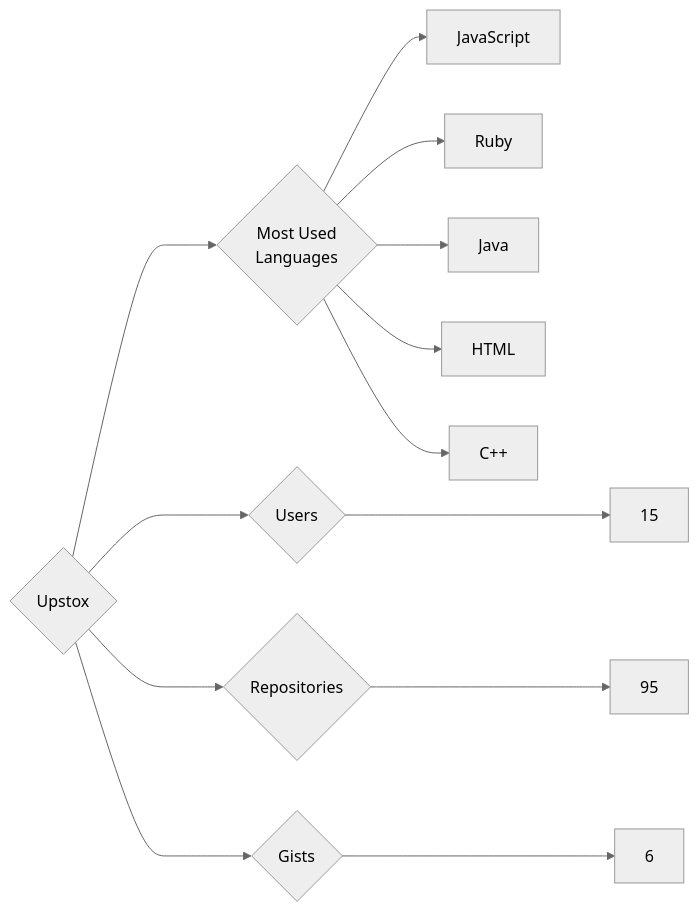
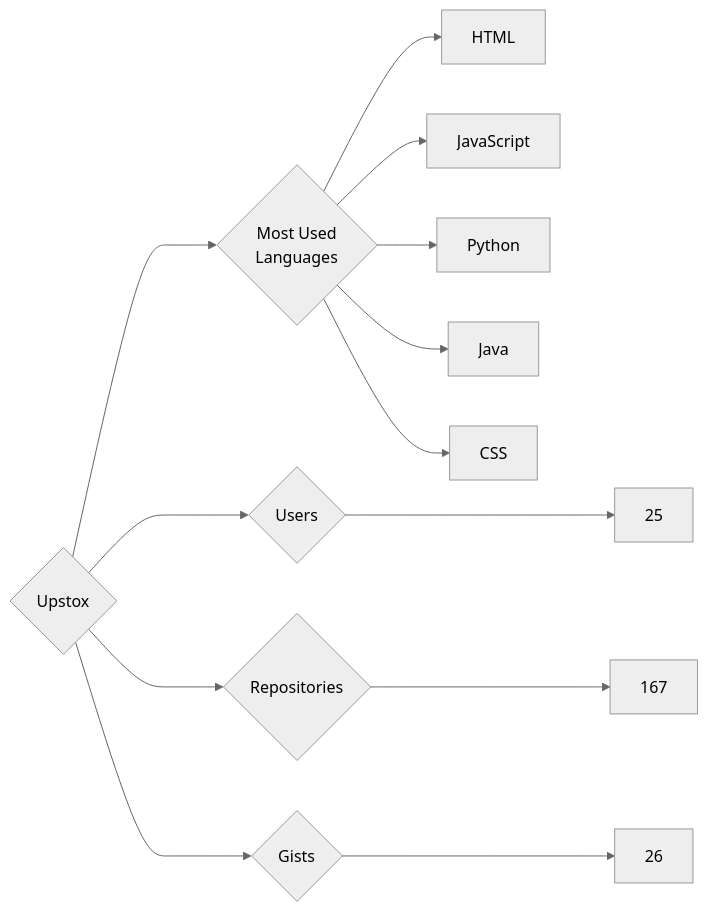
The diagram in targets/Upstox/README.md (trickest/insiders), drawn with Mermaid (neutral theme) before and after one commit. The commit also changed 940 other files, not shown here.

````diff
--- a/targets/Upstox/README.md
+++ b/targets/Upstox/README.md
@@ -3,13 +3,13 @@
 ```mermaid
 graph LR
 COMPANY_NAME{Upstox}
-COMPANY_NAME ---> U{Users} ---> UN[15]
-COMPANY_NAME ---> R{Repositories} ---> RN[95]
-COMPANY_NAME ---> G{Gists} ---> GN[6]
+COMPANY_NAME ---> U{Users} ---> UN[25]
+COMPANY_NAME ---> R{Repositories} ---> RN[167]
+COMPANY_NAME ---> G{Gists} ---> GN[26]
 COMPANY_NAME ---> ML{Most Used<br>Languages}
+ML --> HTML[HTML]
 ML --> JavaScript[JavaScript]
-ML --> Ruby[Ruby]
+ML --> Python[Python]
 ML --> Java[Java]
-ML --> HTML[HTML]
-ML --> C++[C++]
+ML --> CSS[CSS]
 ```
````
